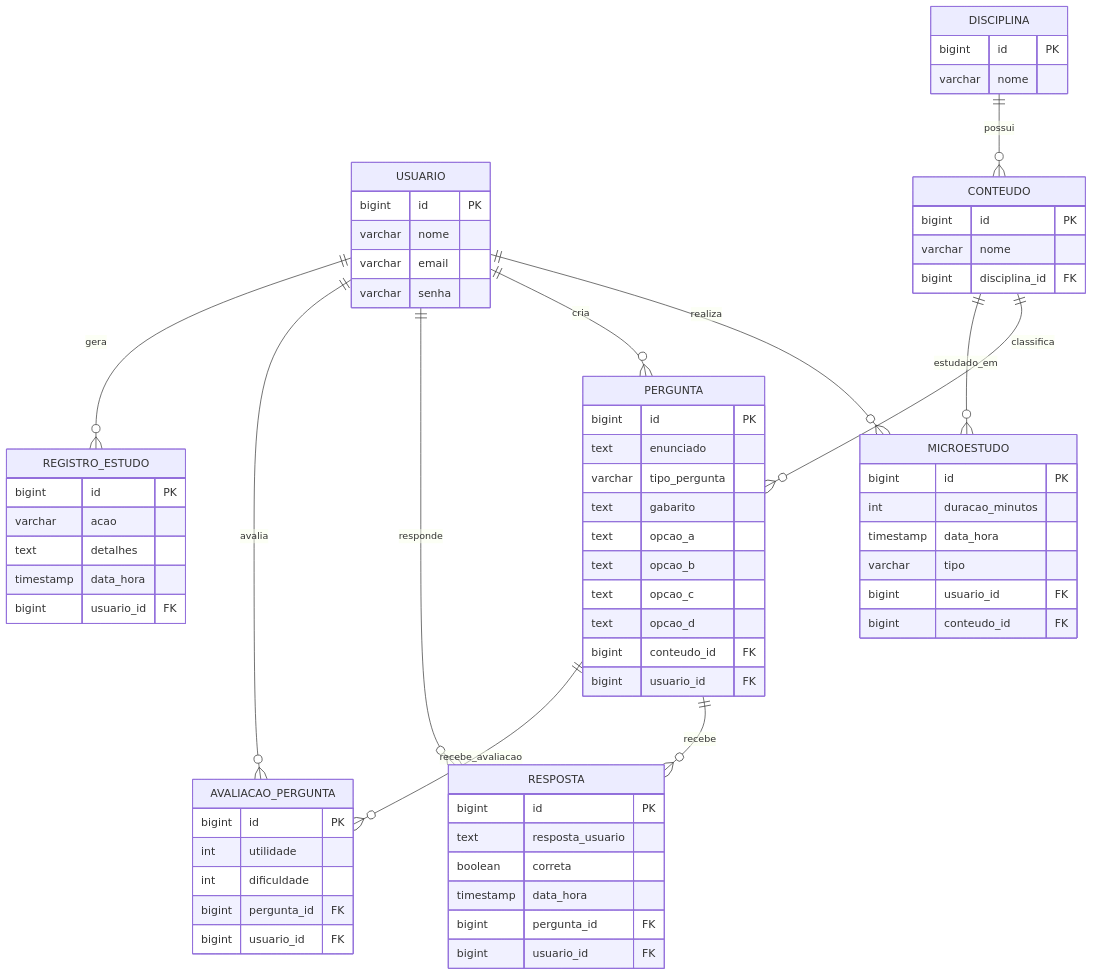
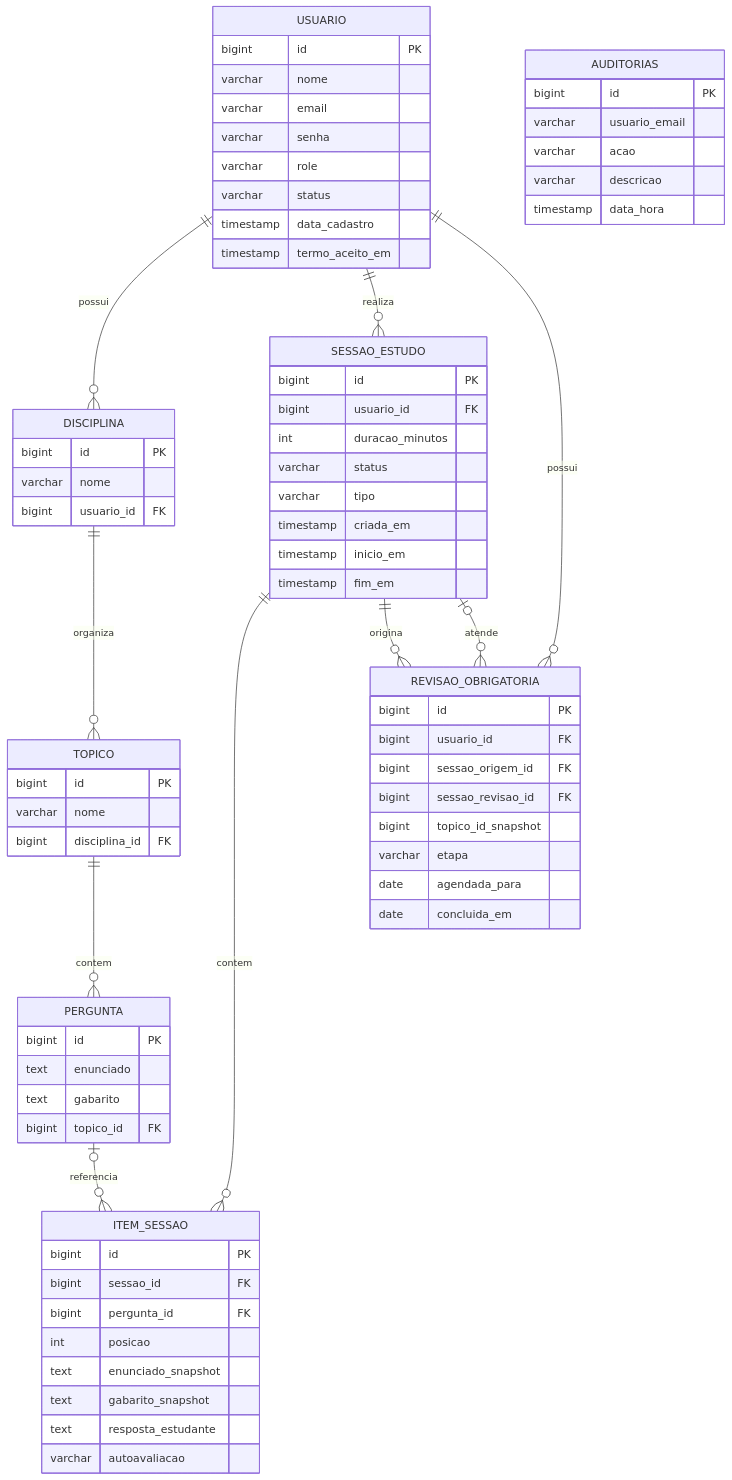
Before and after one commit to Pietro-dev/ritmo: the diagram in README.md, drawn with Mermaid. The commit also changed other lines of this file and 19 other files, not shown here.

````diff
--- a/README.md
+++ b/README.md
@@ -3,78 +11,75 @@
 ```mermaid
 erDiagram
-USUARIO {
-bigint id PK
-varchar nome
-varchar email
-varchar senha
-}
-
+    USUARIO {
+        bigint id PK
+        varchar nome
+        varchar email
+        varchar senha
+        varchar role
+        varchar status
+        timestamp data_cadastro
+        timestamp termo_aceito_em
+    }
     DISCIPLINA {
         bigint id PK
         varchar nome
+        bigint usuario_id FK
     }
-    
-    CONTEUDO {
+    TOPICO {
         bigint id PK
         varchar nome
         bigint disciplina_id FK
     }
-    
-    MICROESTUDO {
-        bigint id PK
-        int duracao_minutos
-        timestamp data_hora
-        varchar tipo
-        bigint usuario_id FK
-        bigint conteudo_id FK
-    }
-    
     PERGUNTA {
         bigint id PK
         text enunciado
-        varchar tipo_pergunta
         text gabarito
-        text opcao_a
-        text opcao_b
-        text opcao_c
-        text opcao_d
-        bigint conteudo_id FK
+        bigint topico_id FK
+    }
+    SESSAO_ESTUDO {
+        bigint id PK
         bigint usuario_id FK
+        int duracao_minutos
+        varchar status
+        varchar tipo
+        timestamp criada_em
+        timestamp inicio_em
+        timestamp fim_em
     }
-    
-    RESPOSTA {
+    ITEM_SESSAO {
         bigint id PK
-        text resposta_usuario
-        boolean correta
+        bigint sessao_id FK
+        bigint pergunta_id FK
+        int posicao
+        text enunciado_snapshot
+        text gabarito_snapshot
+        text resposta_estudante
+        varchar autoavaliacao
+    }
+    REVISAO_OBRIGATORIA {
+        bigint id PK
+        bigint usuario_id FK
+        bigint sessao_origem_id FK
+        bigint sessao_revisao_id FK
+        bigint topico_id_snapshot
+        varchar etapa
+        date agendada_para
+        date concluida_em
+    }
+    AUDITORIAS {
+        bigint id PK
+        varchar usuario_email
+        varchar acao
+        varchar descricao
         timestamp data_hora
-        bigint pergunta_id FK
-        bigint usuario_id FK
     }
-    
-    AVALIACAO_PERGUNTA {
-        bigint id PK
-        int utilidade
-        int dificuldade
-        bigint pergunta_id FK
-        bigint usuario_id FK
-    }
-    
-    REGISTRO_ESTUDO {
-        bigint id PK
-        varchar acao
-        text detalhes
-        timestamp data_hora
-        bigint usuario_id FK
-    }
-
-    DISCIPLINA ||--o{ CONTEUDO : "possui"
-    CONTEUDO ||--o{ PERGUNTA : "classifica"
-    CONTEUDO ||--o{ MICROESTUDO : "estudado_em"
-    USUARIO ||--o{ MICROESTUDO : "realiza"
-    USUARIO ||--o{ PERGUNTA : "cria"
-    USUARIO ||--o{ RESPOSTA : "responde"
-    USUARIO ||--o{ AVALIACAO_PERGUNTA : "avalia"
-    USUARIO ||--o{ REGISTRO_ESTUDO : "gera"
-    PERGUNTA ||--o{ RESPOSTA : "recebe"
-    PERGUNTA ||--o{ AVALIACAO_PERGUNTA : "recebe_avaliacao"
+    USUARIO ||--o{ DISCIPLINA : possui
+    DISCIPLINA ||--o{ TOPICO : organiza
+    TOPICO ||--o{ PERGUNTA : contem
+    USUARIO ||--o{ SESSAO_ESTUDO : realiza
+    SESSAO_ESTUDO ||--o{ ITEM_SESSAO : contem
+    PERGUNTA o|--o{ ITEM_SESSAO : referencia
+    USUARIO ||--o{ REVISAO_OBRIGATORIA : possui
+    SESSAO_ESTUDO ||--o{ REVISAO_OBRIGATORIA : origina
+    SESSAO_ESTUDO o|--o{ REVISAO_OBRIGATORIA : atende
 ```
````
